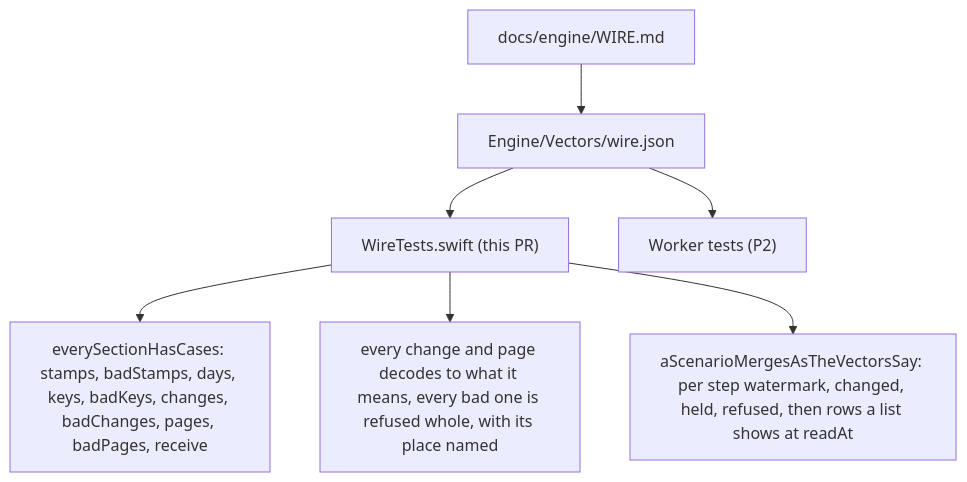
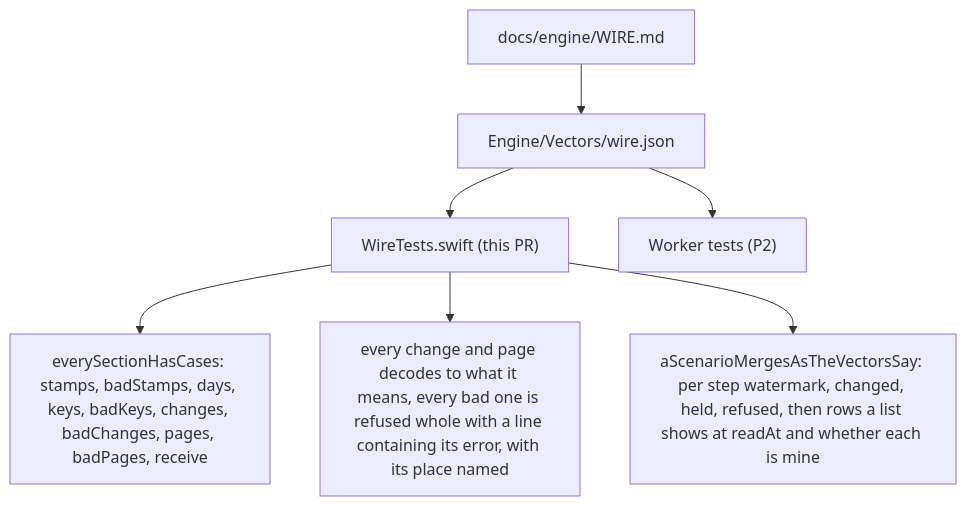
The seventh of 7 diagrams in docs/pr/22-phase-3-p1-engine.md (Krutik460/Widgie), drawn with Mermaid before and after one commit. The commit also changed other lines of this file and 11 other files, not shown here.

First line of the commit message:
Review fixes for P1: the payload never leaves a widget out, and the vectors name why each bad case is refused

````diff
--- a/docs/pr/22-phase-3-p1-engine.md
+++ b/docs/pr/22-phase-3-p1-engine.md
@@ -228,9 +232,9 @@
 ```mermaid
 flowchart TD
   DOC["docs/engine/WIRE.md"] --> VEC["Engine/Vectors/wire.json"]
   VEC --> SW["WireTests.swift (this PR)"]
   VEC --> TS["Worker tests (P2)"]
   SW --> SEC["everySectionHasCases: stamps, badStamps, days, keys, badKeys, changes, badChanges, pages, badPages, receive"]
-  SW --> DEC["every change and page decodes to what it means, every bad one is refused whole, with its place named"]
-  SW --> SCN["aScenarioMergesAsTheVectorsSay: per step watermark, changed, held, refused, then rows a list shows at readAt"]
+  SW --> DEC["every change and page decodes to what it means, every bad one is refused whole with a line containing its error, with its place named"]
+  SW --> SCN["aScenarioMergesAsTheVectorsSay: per step watermark, changed, held, refused, then rows a list shows at readAt and whether each is mine"]
 ```
````
